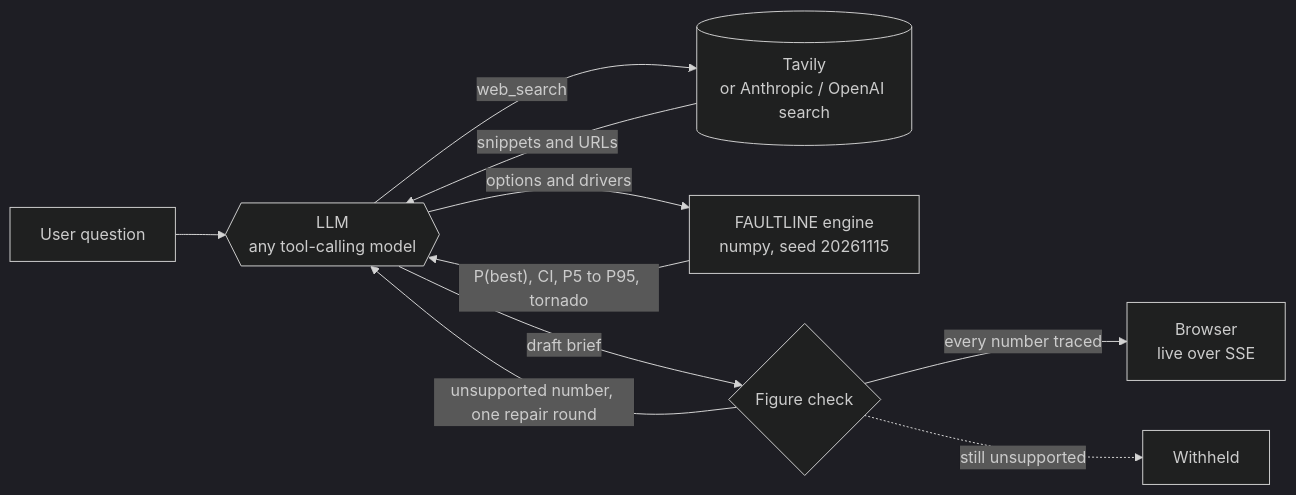
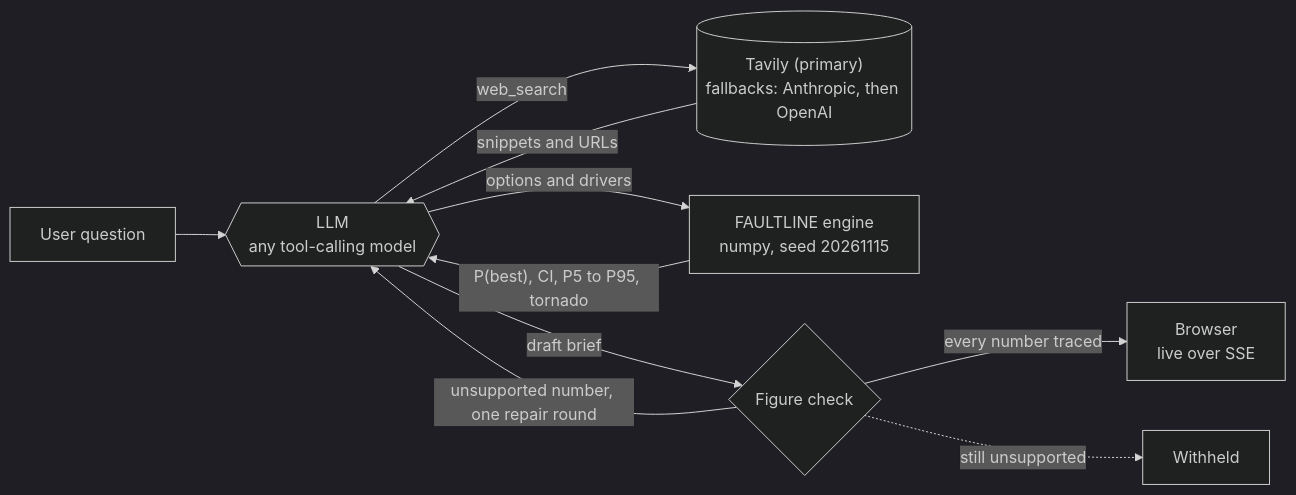
The diagram in README.md (LavishSphere/faultline), drawn with Mermaid (dark theme) before and after one commit. The commit also changed other lines of this file, not shown here.

Commit message:
docs: README search order Tavily then Anthropic then OpenAI (#233); 200+ models (#235)

````diff
--- a/README.md
+++ b/README.md
@@ -69,12 +69,12 @@
 ```mermaid
 flowchart LR
     U["User question"] --> M{{"LLM<br/>any tool-calling model"}}
-    M -->|web_search| W[("Tavily<br/>or Anthropic / OpenAI search")]
+    M -->|web_search| W[("Tavily (primary)<br/>fallbacks: Anthropic, then OpenAI")]
     W -->|snippets and URLs| M
     M -->|options and drivers| E["FAULTLINE engine<br/>numpy, seed 20261115"]
     E -->|"P(best), CI, P5 to P95, tornado"| M
     M -->|draft brief| F{"Figure check"}
     F -->|unsupported number, one repair round| M
     F -->|every number traced| S["Browser<br/>live over SSE"]
     F -.->|still unsupported| X["Withheld"]
 ```
````
